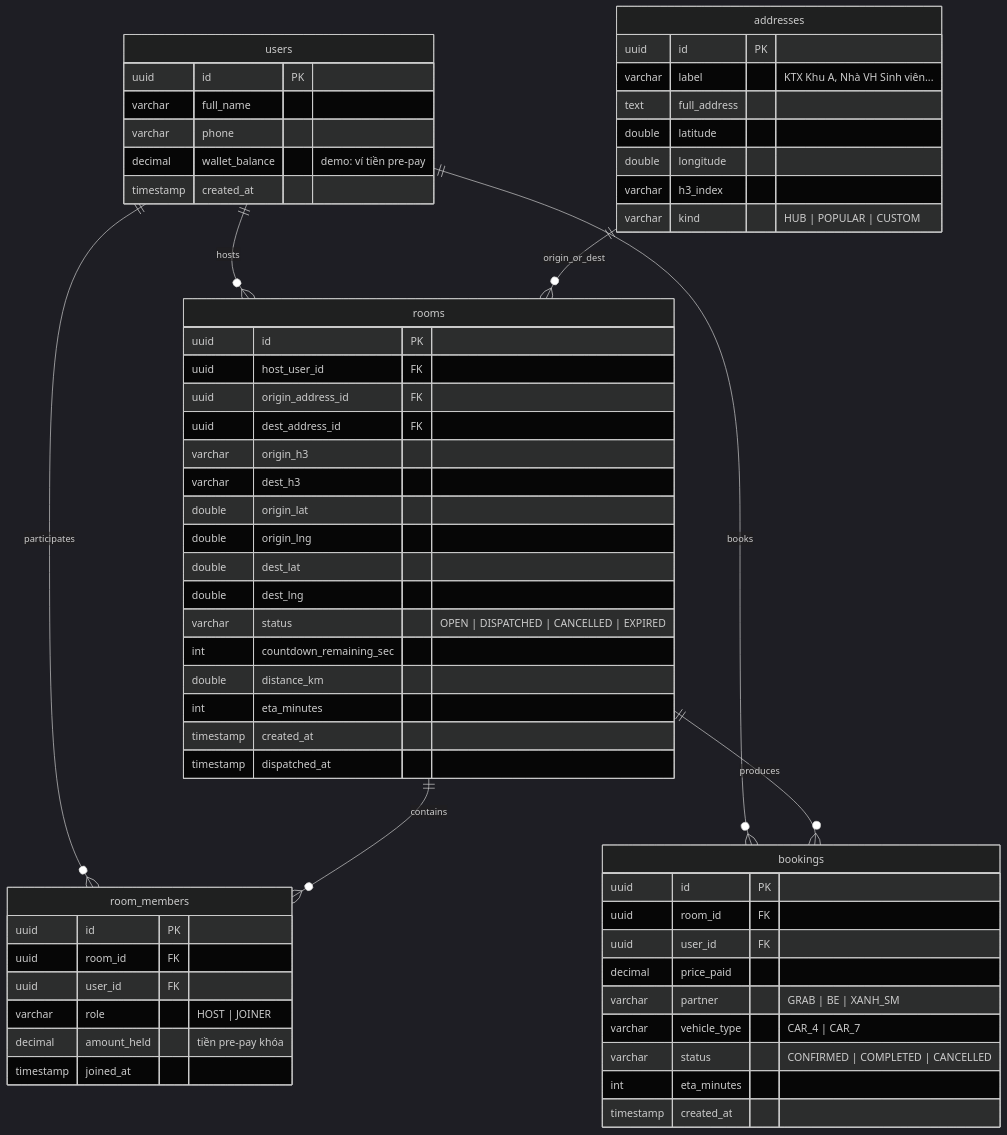
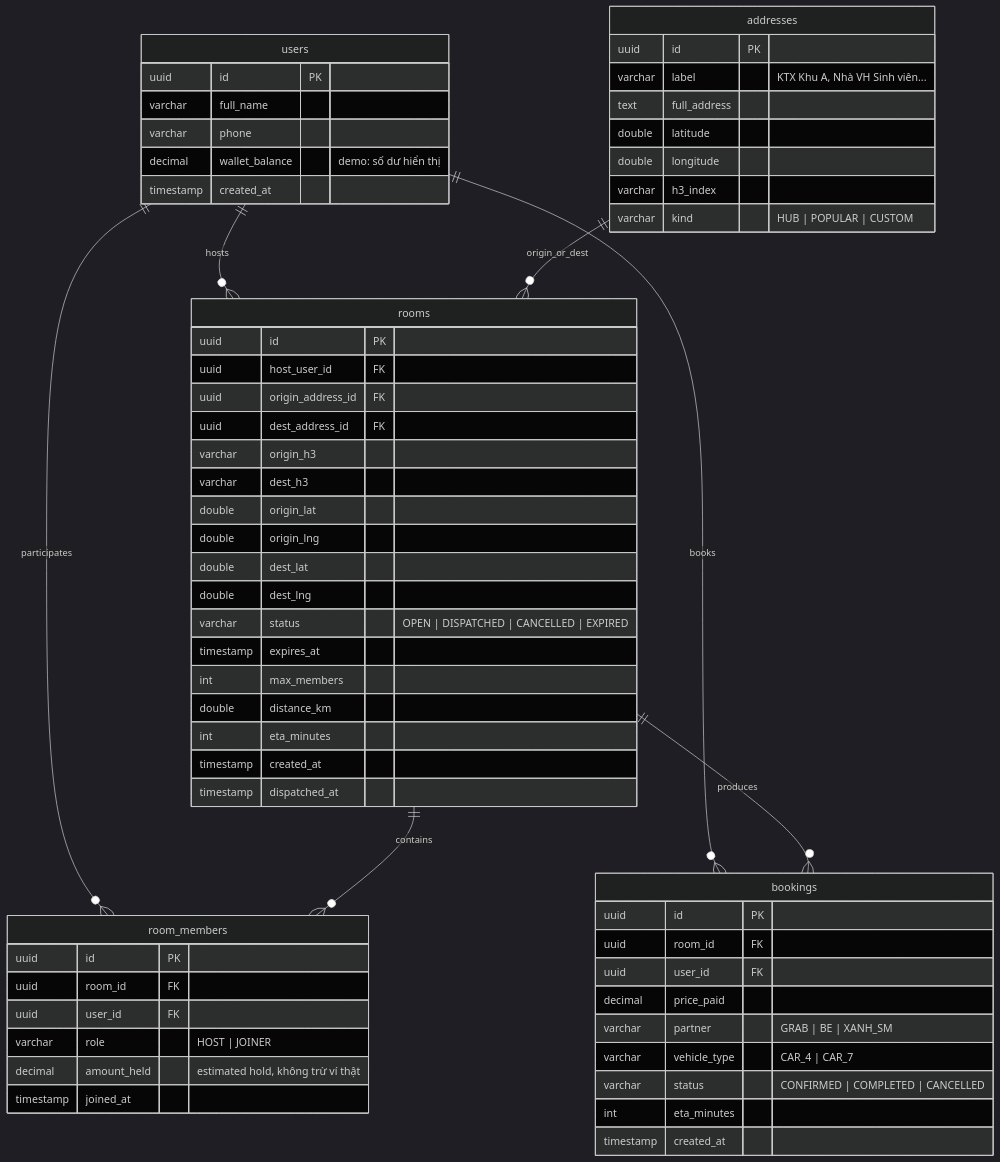
The fifth of 6 diagrams in docs/hub-ride-architecture.md (Quoocshi/Grab_Future_Hackathon_Team_F), drawn with Mermaid (dark theme) before and after one commit. The commit also changed other lines of this file, not shown here.

Commit message:
docs: Update hub-ride architecture with detailed countdown and room management logic

````diff
--- a/docs/hub-ride-architecture.md
+++ b/docs/hub-ride-architecture.md
@@ -267,67 +304,68 @@
 ```mermaid
 erDiagram
     users {
         uuid id PK
         varchar full_name
         varchar phone
-        decimal wallet_balance "demo: ví tiền pre-pay"
+        decimal wallet_balance "demo: số dư hiển thị"
         timestamp created_at
     }
 
     addresses {
         uuid id PK
         varchar label "KTX Khu A, Nhà VH Sinh viên..."
         text full_address
         double latitude
         double longitude
         varchar h3_index
         varchar kind "HUB | POPULAR | CUSTOM"
     }
 
     rooms {
         uuid id PK
         uuid host_user_id FK
         uuid origin_address_id FK
         uuid dest_address_id FK
         varchar origin_h3
         varchar dest_h3
         double origin_lat
         double origin_lng
         double dest_lat
         double dest_lng
         varchar status "OPEN | DISPATCHED | CANCELLED | EXPIRED"
-        int countdown_remaining_sec
+        timestamp expires_at
+        int max_members
         double distance_km
         int eta_minutes
         timestamp created_at
         timestamp dispatched_at
     }
 
     room_members {
         uuid id PK
         uuid room_id FK
         uuid user_id FK
         varchar role "HOST | JOINER"
-        decimal amount_held "tiền pre-pay khóa"
+        decimal amount_held "estimated hold, không trừ ví thật"
         timestamp joined_at
     }
 
     bookings {
         uuid id PK
         uuid room_id FK
         uuid user_id FK
         decimal price_paid
         varchar partner "GRAB | BE | XANH_SM"
         varchar vehicle_type "CAR_4 | CAR_7"
         varchar status "CONFIRMED | COMPLETED | CANCELLED"
         int eta_minutes
         timestamp created_at
     }
 
     users ||--o{ rooms : hosts
     users ||--o{ room_members : participates
     users ||--o{ bookings : books
     addresses ||--o{ rooms : origin_or_dest
     rooms ||--o{ room_members : contains
     rooms ||--o{ bookings : produces
 ```
````
